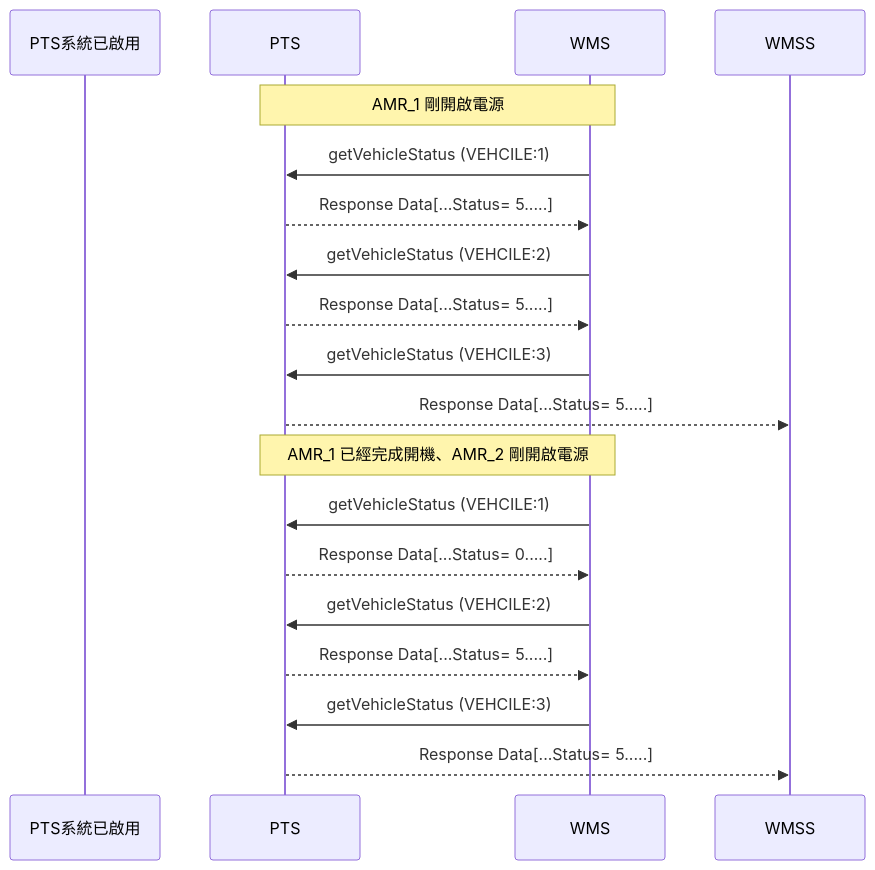
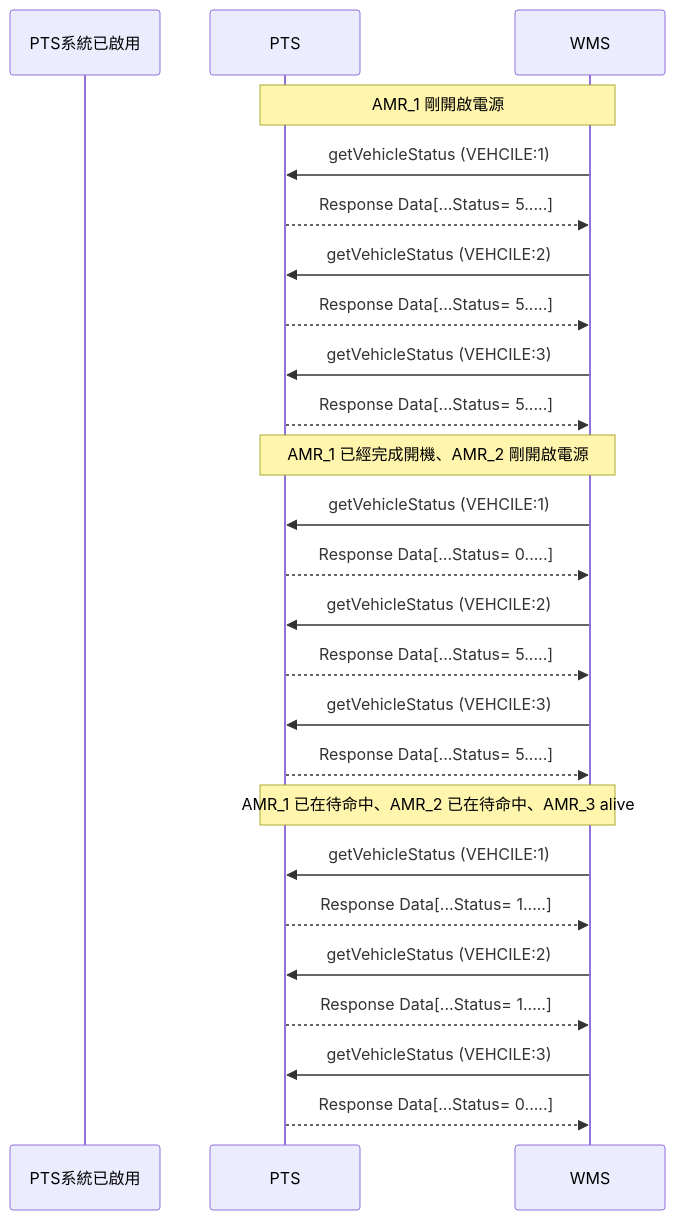
Before and after one commit to athena-tircgo/amr-wms-lsj: the fifth of 9 diagrams in README.md, drawn with Mermaid. The commit also changed other lines of this file, not shown here.

````diff
--- a/README.md
+++ b/README.md
@@ -335,23 +335,33 @@
 ```mermaid
 sequenceDiagram
     participant PTS系統已啟用
     participant PTS
     participant WMS
 
     note over PTS,WMS: AMR_1 剛開啟電源
         WMS->>PTS:getVehicleStatus (VEHCILE:1)
         PTS-->>WMS:Response Data[...Status= 5.....]
         WMS->>PTS:getVehicleStatus (VEHCILE:2)
         PTS-->>WMS:Response  Data[...Status= 5.....]
         WMS->>PTS:getVehicleStatus (VEHCILE:3)
-        PTS-->>WMSS:Response  Data[...Status= 5.....]
+        PTS-->>WMS:Response  Data[...Status= 5.....]
 
     note over PTS,WMS: AMR_1 已經完成開機、AMR_2 剛開啟電源
         WMS->>PTS:getVehicleStatus (VEHCILE:1)
         PTS-->>WMS:Response Data[...Status= 0.....]
         WMS->>PTS:getVehicleStatus (VEHCILE:2)
         PTS-->>WMS:Response  Data[...Status= 5.....]
         WMS->>PTS:getVehicleStatus (VEHCILE:3)
-        PTS-->>WMSS:Response  Data[...Status= 5.....]
+        PTS-->>WMS:Response  Data[...Status= 5.....]
+
+ 　　note over PTS,WMS: AMR_1 已在待命中、AMR_2 已在待命中、AMR_3 alive
+        WMS->>PTS:getVehicleStatus (VEHCILE:1)
+        PTS-->>WMS:Response Data[...Status= 1.....]
+        WMS->>PTS:getVehicleStatus (VEHCILE:2)
+        PTS-->>WMS:Response  Data[...Status= 1.....]
+        WMS->>PTS:getVehicleStatus (VEHCILE:3)
+        PTS-->>WMS:Response  Data[...Status= 0.....]
+
+
 
 ```
````
